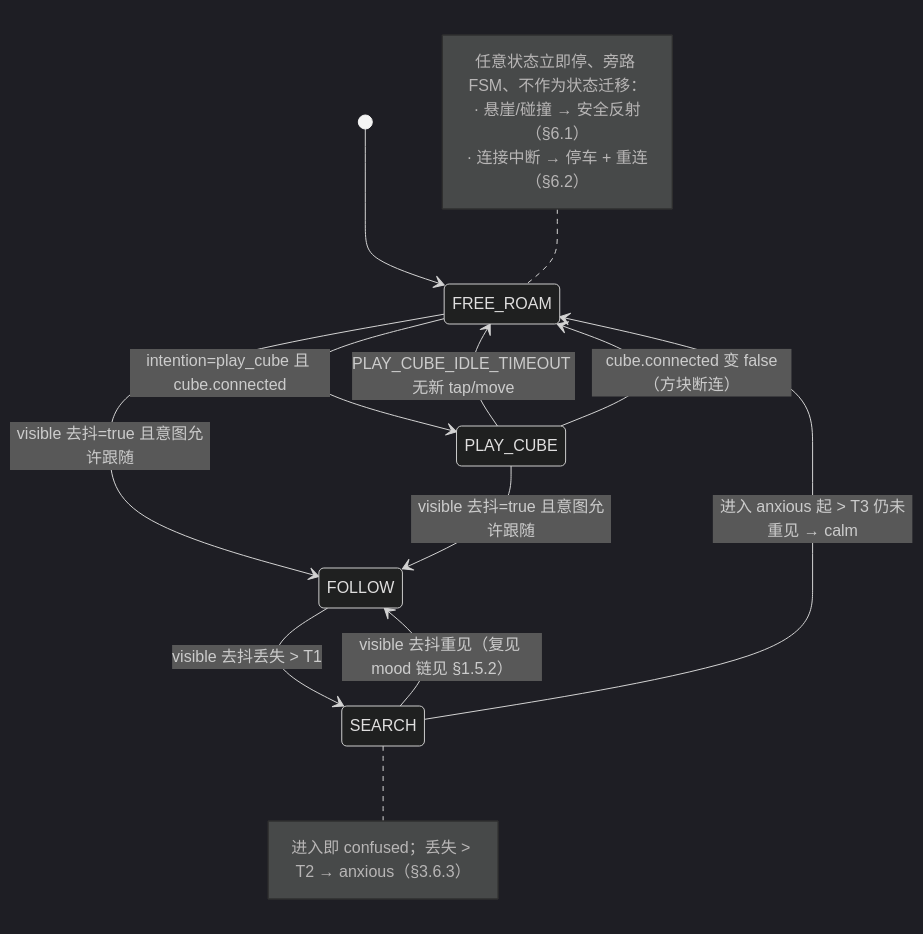
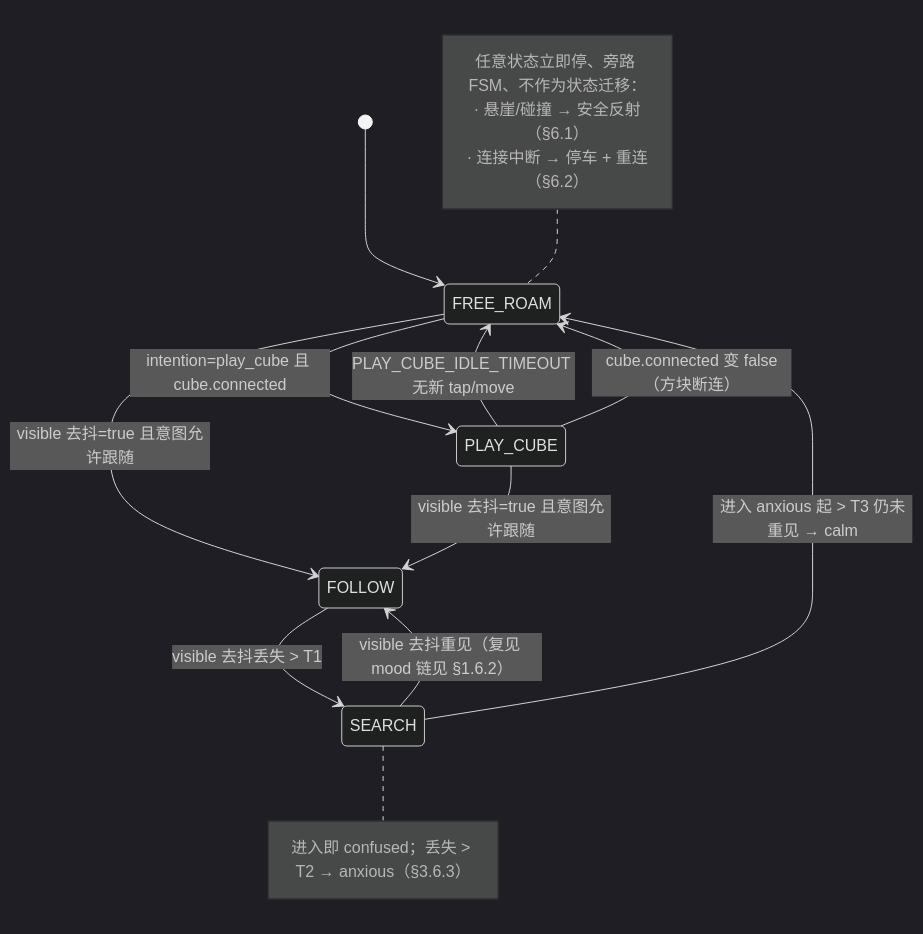
The seventh of 12 diagrams in docs/requirements/follow-me/follow-me-fds.md (keeploading/super-baby), drawn with Mermaid (dark theme) before and after one commit. The commit also changed other lines of this file and 3 other files, not shown here.

First line of the commit message:
docs: FDS v4.8 — 新增 §1.7 主流程序列图(状态图交互时序视角补充)

````diff
--- a/docs/requirements/follow-me/follow-me-fds.md
+++ b/docs/requirements/follow-me/follow-me-fds.md
@@ -258,25 +289,25 @@
 ```mermaid
 stateDiagram-v2
     [*] --> FREE_ROAM
 
     FREE_ROAM --> PLAY_CUBE : intention=play_cube 且 cube.connected
     FREE_ROAM --> FOLLOW : visible 去抖=true 且意图允许跟随
 
     PLAY_CUBE --> FREE_ROAM : PLAY_CUBE_IDLE_TIMEOUT 无新 tap/move
     PLAY_CUBE --> FREE_ROAM : cube.connected 变 false（方块断连）
     PLAY_CUBE --> FOLLOW : visible 去抖=true 且意图允许跟随
 
     FOLLOW --> SEARCH : visible 去抖丢失 > T1
 
-    SEARCH --> FOLLOW : visible 去抖重见（复见 mood 链见 §1.5.2）
+    SEARCH --> FOLLOW : visible 去抖重见（复见 mood 链见 §1.6.2）
     SEARCH --> FREE_ROAM : 进入 anxious 起 > T3 仍未重见 → calm
 
     note right of SEARCH
         进入即 confused；丢失 > T2 → anxious（§3.6.3）
     end note
     note left of FREE_ROAM
         任意状态立即停、旁路 FSM、不作为状态迁移：
         · 悬崖/碰撞 → 安全反射（§6.1）
         · 连接中断 → 停车 + 重连（§6.2）
     end note
 ```
````
